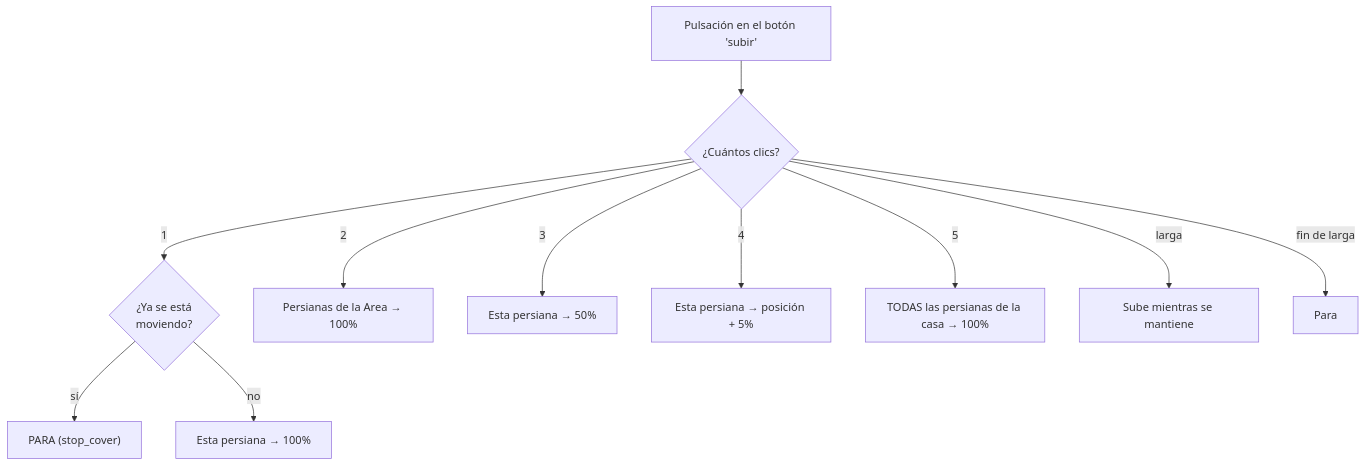
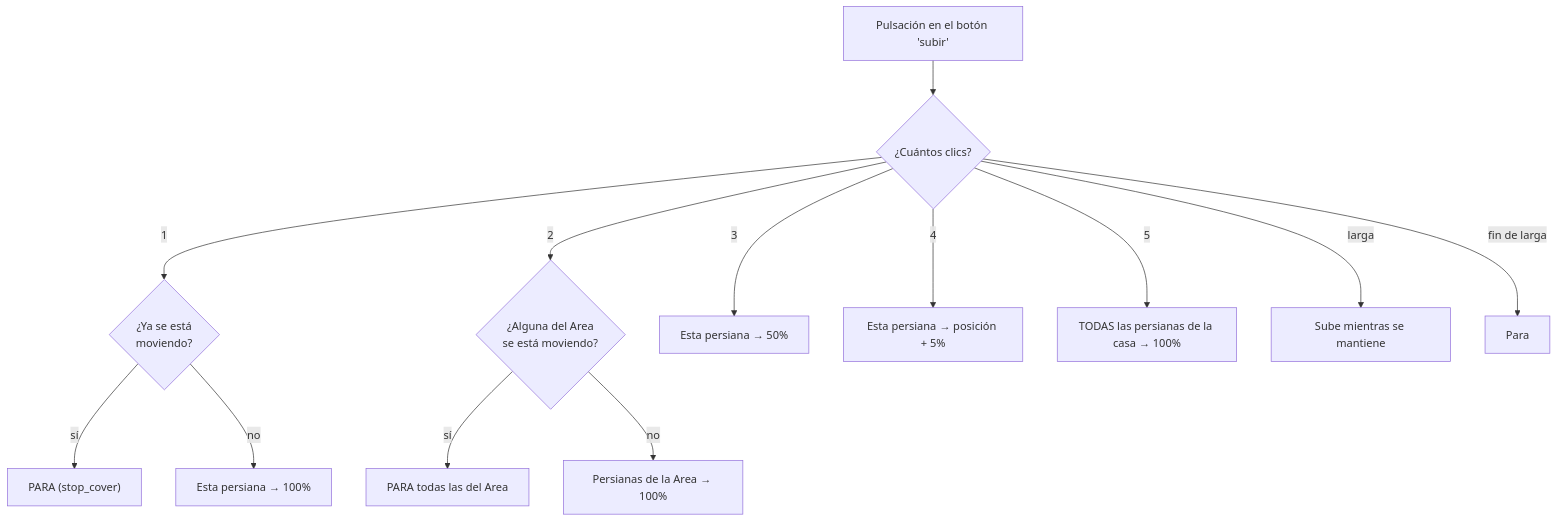
One commit to GerardUmbert/arduino-mega-mqtt-ha changed the diagram in docs/docs/blueprints/persiana-pulsador-completo.md. Above: the diagram before and after it, drawn with Mermaid. The commit also changed other lines of this file and 3 other files, not shown here.

First line of the commit message:
persiana_pulsador_completo v1.2.0: doble pulsacion para todas las del area

````diff
--- a/docs/docs/blueprints/persiana-pulsador-completo.md
+++ b/docs/docs/blueprints/persiana-pulsador-completo.md
@@ -46,13 +57,15 @@
 ```mermaid
 flowchart TD
     P["Pulsación en el botón 'subir'"] --> N{"¿Cuántos clics?"}
     N -- "1" --> T{"¿Ya se está<br/>moviendo?"}
     T -- "sí" --> STOP["PARA (stop_cover)"]
     T -- "no" --> A["Esta persiana → 100%"]
-    N -- "2" --> B["Persianas de la Area → 100%"]
+    N -- "2" --> T2{"¿Alguna del Area<br/>se está moviendo?"}
+    T2 -- "sí" --> STOP2["PARA todas las del Area"]
+    T2 -- "no" --> B["Persianas de la Area → 100%"]
     N -- "3" --> C["Esta persiana → 50%"]
     N -- "4" --> D["Esta persiana → posición + 5%"]
     N -- "5" --> E["TODAS las persianas de la casa → 100%"]
     N -- "larga" --> F["Sube mientras se mantiene"]
     N -- "fin de larga" --> G["Para"]
 ```
````
